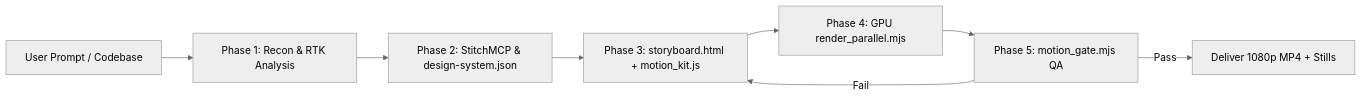
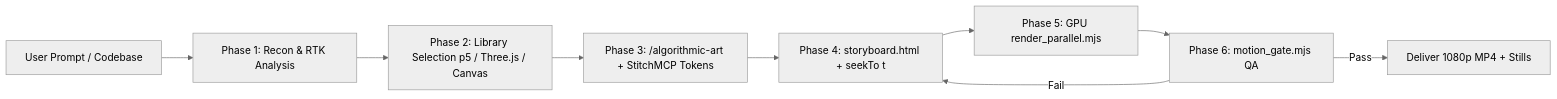
The diagram in README.md (AhmedNasser-bug/codebase-motion-graphics), drawn with Mermaid (neutral theme) before and after one commit. The commit also changed other lines of this file and 3 other files, not shown here.

Commit message:
feat: upgrade skill with p5.js, Three.js, /algorithmic-art and /canvas-design integration + starter templates

````diff
--- a/README.md
+++ b/README.md
@@ -34,10 +47,11 @@
 ```mermaid
 flowchart LR
   A[User Prompt / Codebase] --> B[Phase 1: Recon & RTK Analysis]
-  B --> C[Phase 2: StitchMCP & design-system.json]
-  C --> D[Phase 3: storyboard.html + motion_kit.js]
-  D --> E[Phase 4: GPU render_parallel.mjs]
-  E --> F[Phase 5: motion_gate.mjs QA]
-  F -->|Pass| G[Deliver 1080p MP4 + Stills]
-  F -->|Fail| D
+  B --> C[Phase 2: Library Selection p5 / Three.js / Canvas]
+  C --> D[Phase 3: /algorithmic-art + StitchMCP Tokens]
+  D --> E[Phase 4: storyboard.html + seekTo t]
+  E --> F[Phase 5: GPU render_parallel.mjs]
+  F --> G[Phase 6: motion_gate.mjs QA]
+  G -->|Pass| H[Deliver 1080p MP4 + Stills]
+  G -->|Fail| E
 ```
````
